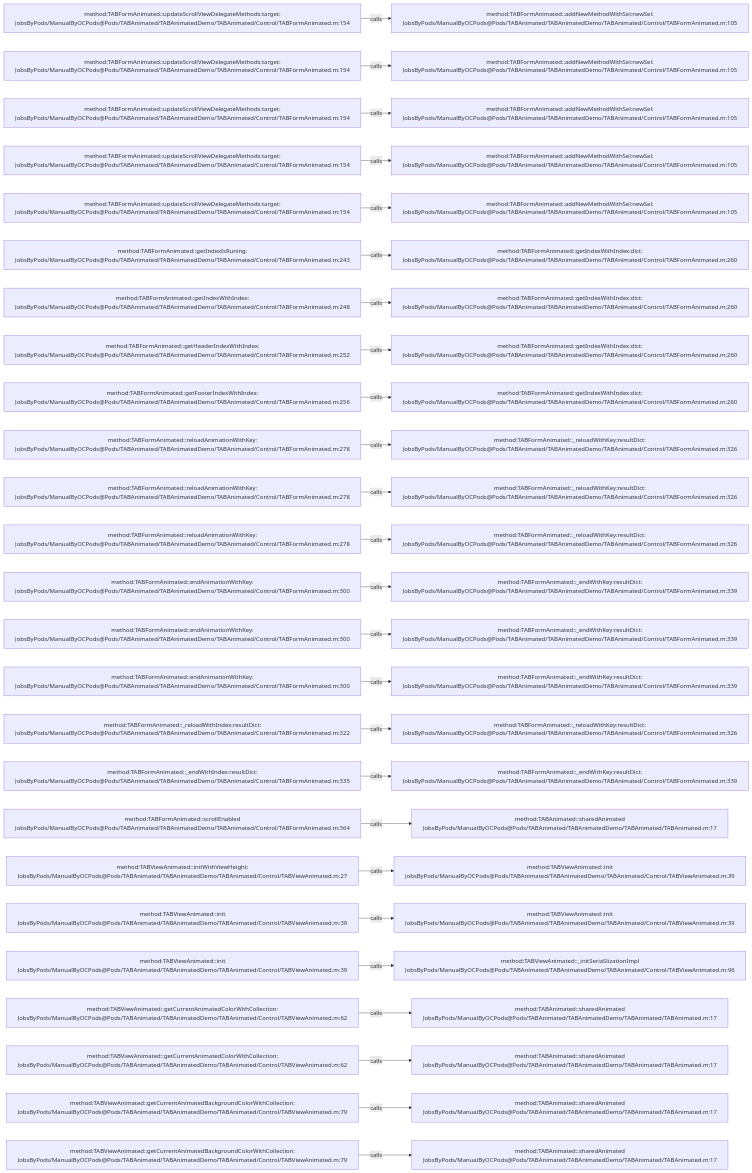
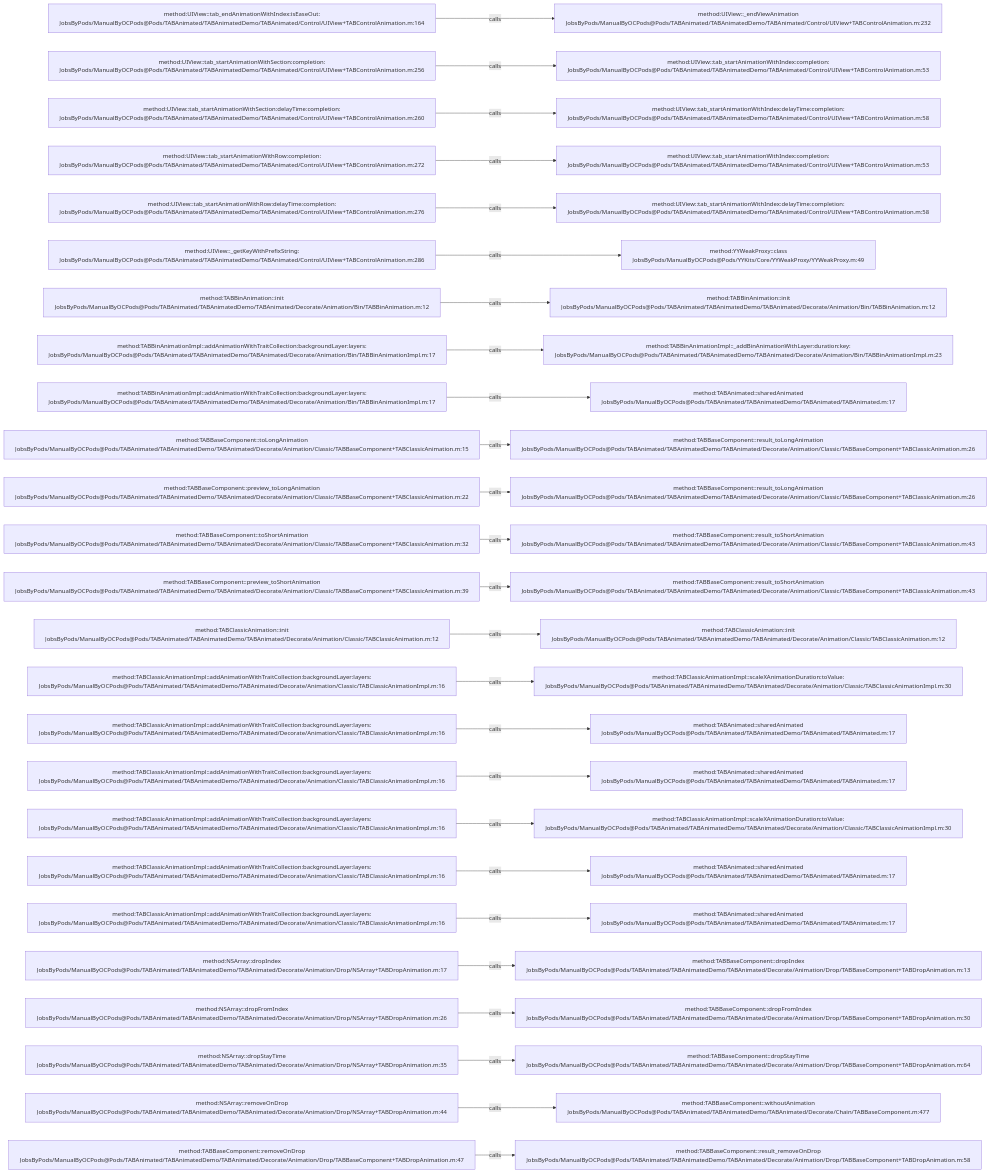
The diagram in .codegraph/codegraph.md/graphs/calls-017.md (JobsKits/JobsOCBaseConfigDemo), drawn with Mermaid before and after one commit. The commit also changed 2723 other files, not shown here.

````diff
--- a/.codegraph/codegraph.md/graphs/calls-017.md
+++ b/.codegraph/codegraph.md/graphs/calls-017.md
@@ -13,78 +13,78 @@
 ```mermaid
 flowchart LR
-  S1["method:TABFormAnimated::updateScrollViewDelegateMethods:target:<br/>JobsByPods/ManualByOCPods@Pods/TABAnimated/TABAnimatedDemo/TABAnimated/Control/TABFormAnimated.m:154"]
-  T1["method:TABFormAnimated::addNewMethodWithSel:newSel:<br/>JobsByPods/ManualByOCPods@Pods/TABAnimated/TABAnimatedDemo/TABAnimated/Control/TABFormAnimated.m:105"]
+  S1["method:UIView::tab_endAnimationWithIndex:isEaseOut:<br/>JobsByPods/ManualByOCPods@Pods/TABAnimated/TABAnimatedDemo/TABAnimated/Control/UIView+TABControlAnimation.m:164"]
+  T1["method:UIView::_endViewAnimation<br/>JobsByPods/ManualByOCPods@Pods/TABAnimated/TABAnimatedDemo/TABAnimated/Control/UIView+TABControlAnimation.m:232"]
   S1 -->|calls| T1
-  S2["method:TABFormAnimated::updateScrollViewDelegateMethods:target:<br/>JobsByPods/ManualByOCPods@Pods/TABAnimated/TABAnimatedDemo/TABAnimated/Control/TABFormAnimated.m:154"]
-  T2["method:TABFormAnimated::addNewMethodWithSel:newSel:<br/>JobsByPods/ManualByOCPods@Pods/TABAnimated/TABAnimatedDemo/TABAnimated/Control/TABFormAnimated.m:105"]
+  S2["method:UIView::tab_startAnimationWithSection:completion:<br/>JobsByPods/ManualByOCPods@Pods/TABAnimated/TABAnimatedDemo/TABAnimated/Control/UIView+TABControlAnimation.m:256"]
+  T2["method:UIView::tab_startAnimationWithIndex:completion:<br/>JobsByPods/ManualByOCPods@Pods/TABAnimated/TABAnimatedDemo/TABAnimated/Control/UIView+TABControlAnimation.m:53"]
   S2 -->|calls| T2
-  S3["method:TABFormAnimated::updateScrollViewDelegateMethods:target:<br/>JobsByPods/ManualByOCPods@Pods/TABAnimated/TABAnimatedDemo/TABAnimated/Control/TABFormAnimated.m:154"]
-  T3["method:TABFormAnimated::addNewMethodWithSel:newSel:<br/>JobsByPods/ManualByOCPods@Pods/TABAnimated/TABAnimatedDemo/TABAnimated/Control/TABFormAnimated.m:105"]
+  S3["method:UIView::tab_startAnimationWithSection:delayTime:completion:<br/>JobsByPods/ManualByOCPods@Pods/TABAnimated/TABAnimatedDemo/TABAnimated/Control/UIView+TABControlAnimation.m:260"]
+  T3["method:UIView::tab_startAnimationWithIndex:delayTime:completion:<br/>JobsByPods/ManualByOCPods@Pods/TABAnimated/TABAnimatedDemo/TABAnimated/Control/UIView+TABControlAnimation.m:58"]
   S3 -->|calls| T3
-  S4["method:TABFormAnimated::updateScrollViewDelegateMethods:target:<br/>JobsByPods/ManualByOCPods@Pods/TABAnimated/TABAnimatedDemo/TABAnimated/Control/TABFormAnimated.m:154"]
-  T4["method:TABFormAnimated::addNewMethodWithSel:newSel:<br/>JobsByPods/ManualByOCPods@Pods/TABAnimated/TABAnimatedDemo/TABAnimated/Control/TABFormAnimated.m:105"]
+  S4["method:UIView::tab_startAnimationWithRow:completion:<br/>JobsByPods/ManualByOCPods@Pods/TABAnimated/TABAnimatedDemo/TABAnimated/Control/UIView+TABControlAnimation.m:272"]
+  T4["method:UIView::tab_startAnimationWithIndex:completion:<br/>JobsByPods/ManualByOCPods@Pods/TABAnimated/TABAnimatedDemo/TABAnimated/Control/UIView+TABControlAnimation.m:53"]
   S4 -->|calls| T4
-  S5["method:TABFormAnimated::updateScrollViewDelegateMethods:target:<br/>JobsByPods/ManualByOCPods@Pods/TABAnimated/TABAnimatedDemo/TABAnimated/Control/TABFormAnimated.m:154"]
-  T5["method:TABFormAnimated::addNewMethodWithSel:newSel:<br/>JobsByPods/ManualByOCPods@Pods/TABAnimated/TABAnimatedDemo/TABAnimated/Control/TABFormAnimated.m:105"]
+  S5["method:UIView::tab_startAnimationWithRow:delayTime:completion:<br/>JobsByPods/ManualByOCPods@Pods/TABAnimated/TABAnimatedDemo/TABAnimated/Control/UIView+TABControlAnimation.m:276"]
+  T5["method:UIView::tab_startAnimationWithIndex:delayTime:completion:<br/>JobsByPods/ManualByOCPods@Pods/TABAnimated/TABAnimatedDemo/TABAnimated/Control/UIView+TABControlAnimation.m:58"]
   S5 -->|calls| T5
-  S6["method:TABFormAnimated::getIndexIsRuning:<br/>JobsByPods/ManualByOCPods@Pods/TABAnimated/TABAnimatedDemo/TABAnimated/Control/TABFormAnimated.m:243"]
-  T6["method:TABFormAnimated::getIndexWithIndex:dict:<br/>JobsByPods/ManualByOCPods@Pods/TABAnimated/TABAnimatedDemo/TABAnimated/Control/TABFormAnimated.m:260"]
+  S6["method:UIView::_getKeyWithPrefixString:<br/>JobsByPods/ManualByOCPods@Pods/TABAnimated/TABAnimatedDemo/TABAnimated/Control/UIView+TABControlAnimation.m:286"]
+  T6["method:YYWeakProxy::class<br/>JobsByPods/ManualByOCPods@Pods/YYKits/Core/YYWeakProxy/YYWeakProxy.m:49"]
   S6 -->|calls| T6
-  S7["method:TABFormAnimated::getIndexWithIndex:<br/>JobsByPods/ManualByOCPods@Pods/TABAnimated/TABAnimatedDemo/TABAnimated/Control/TABFormAnimated.m:248"]
-  T7["method:TABFormAnimated::getIndexWithIndex:dict:<br/>JobsByPods/ManualByOCPods@Pods/TABAnimated/TABAnimatedDemo/TABAnimated/Control/TABFormAnimated.m:260"]
+  S7["method:TABBinAnimation::init<br/>JobsByPods/ManualByOCPods@Pods/TABAnimated/TABAnimatedDemo/TABAnimated/Decorate/Animation/Bin/TABBinAnimation.m:12"]
+  T7["method:TABBinAnimation::init<br/>JobsByPods/ManualByOCPods@Pods/TABAnimated/TABAnimatedDemo/TABAnimated/Decorate/Animation/Bin/TABBinAnimation.m:12"]
   S7 -->|calls| T7
-  S8["method:TABFormAnimated::getHeaderIndexWithIndex:<br/>JobsByPods/ManualByOCPods@Pods/TABAnimated/TABAnimatedDemo/TABAnimated/Control/TABFormAnimated.m:252"]
-  T8["method:TABFormAnimated::getIndexWithIndex:dict:<br/>JobsByPods/ManualByOCPods@Pods/TABAnimated/TABAnimatedDemo/TABAnimated/Control/TABFormAnimated.m:260"]
+  S8["method:TABBinAnimationImpl::addAnimationWithTraitCollection:backgroundLayer:layers:<br/>JobsByPods/ManualByOCPods@Pods/TABAnimated/TABAnimatedDemo/TABAnimated/Decorate/Animation/Bin/TABBinAnimationImpl.m:17"]
+  T8["method:TABBinAnimationImpl::_addBinAnimationWithLayer:duration:key:<br/>JobsByPods/ManualByOCPods@Pods/TABAnimated/TABAnimatedDemo/TABAnimated/Decorate/Animation/Bin/TABBinAnimationImpl.m:23"]
   S8 -->|calls| T8
-  S9["method:TABFormAnimated::getFooterIndexWithIndex:<br/>JobsByPods/ManualByOCPods@Pods/TABAnimated/TABAnimatedDemo/TABAnimated/Control/TABFormAnimated.m:256"]
-  T9["method:TABFormAnimated::getIndexWithIndex:dict:<br/>JobsByPods/ManualByOCPods@Pods/TABAnimated/TABAnimatedDemo/TABAnimated/Control/TABFormAnimated.m:260"]
+  S9["method:TABBinAnimationImpl::addAnimationWithTraitCollection:backgroundLayer:layers:<br/>JobsByPods/ManualByOCPods@Pods/TABAnimated/TABAnimatedDemo/TABAnimated/Decorate/Animation/Bin/TABBinAnimationImpl.m:17"]
+  T9["method:TABAnimated::sharedAnimated<br/>JobsByPods/ManualByOCPods@Pods/TABAnimated/TABAnimatedDemo/TABAnimated/TABAnimated.m:17"]
   S9 -->|calls| T9
-  S10["method:TABFormAnimated::reloadAnimationWithKey:<br/>JobsByPods/ManualByOCPods@Pods/TABAnimated/TABAnimatedDemo/TABAnimated/Control/TABFormAnimated.m:278"]
-  T10["method:TABFormAnimated::_reloadWithKey:resultDict:<br/>JobsByPods/ManualByOCPods@Pods/TABAnimated/TABAnimatedDemo/TABAnimated/Control/TABFormAnimated.m:326"]
+  S10["method:TABBaseComponent::toLongAnimation<br/>JobsByPods/ManualByOCPods@Pods/TABAnimated/TABAnimatedDemo/TABAnimated/Decorate/Animation/Classic/TABBaseComponent+TABClassicAnimation.m:15"]
+  T10["method:TABBaseComponent::result_toLongAnimation<br/>JobsByPods/ManualByOCPods@Pods/TABAnimated/TABAnimatedDemo/TABAnimated/Decorate/Animation/Classic/TABBaseComponent+TABClassicAnimation.m:26"]
   S10 -->|calls| T10
-  S11["method:TABFormAnimated::reloadAnimationWithKey:<br/>JobsByPods/ManualByOCPods@Pods/TABAnimated/TABAnimatedDemo/TABAnimated/Control/TABFormAnimated.m:278"]
-  T11["method:TABFormAnimated::_reloadWithKey:resultDict:<br/>JobsByPods/ManualByOCPods@Pods/TABAnimated/TABAnimatedDemo/TABAnimated/Control/TABFormAnimated.m:326"]
+  S11["method:TABBaseComponent::preview_toLongAnimation<br/>JobsByPods/ManualByOCPods@Pods/TABAnimated/TABAnimatedDemo/TABAnimated/Decorate/Animation/Classic/TABBaseComponent+TABClassicAnimation.m:22"]
+  T11["method:TABBaseComponent::result_toLongAnimation<br/>JobsByPods/ManualByOCPods@Pods/TABAnimated/TABAnimatedDemo/TABAnimated/Decorate/Animation/Classic/TABBaseComponent+TABClassicAnimation.m:26"]
   S11 -->|calls| T11
-  S12["method:TABFormAnimated::reloadAnimationWithKey:<br/>JobsByPods/ManualByOCPods@Pods/TABAnimated/TABAnimatedDemo/TABAnimated/Control/TABFormAnimated.m:278"]
-  T12["method:TABFormAnimated::_reloadWithKey:resultDict:<br/>JobsByPods/ManualByOCPods@Pods/TABAnimated/TABAnimatedDemo/TABAnimated/Control/TABFormAnimated.m:326"]
+  S12["method:TABBaseComponent::toShortAnimation<br/>JobsByPods/ManualByOCPods@Pods/TABAnimated/TABAnimatedDemo/TABAnimated/Decorate/Animation/Classic/TABBaseComponent+TABClassicAnimation.m:32"]
+  T12["method:TABBaseComponent::result_toShortAnimation<br/>JobsByPods/ManualByOCPods@Pods/TABAnimated/TABAnimatedDemo/TABAnimated/Decorate/Animation/Classic/TABBaseComponent+TABClassicAnimation.m:43"]
   S12 -->|calls| T12
-  S13["method:TABFormAnimated::endAnimationWithKey:<br/>JobsByPods/ManualByOCPods@Pods/TABAnimated/TABAnimatedDemo/TABAnimated/Control/TABFormAnimated.m:300"]
-  T13["method:TABFormAnimated::_endWithKey:resultDict:<br/>JobsByPods/ManualByOCPods@Pods/TABAnimated/TABAnimatedDemo/TABAnimated/Control/TABFormAnimated.m:339"]
+  S13["method:TABBaseComponent::preview_toShortAnimation<br/>JobsByPods/ManualByOCPods@Pods/TABAnimated/TABAnimatedDemo/TABAnimated/Decorate/Animation/Classic/TABBaseComponent+TABClassicAnimation.m:39"]
+  T13["method:TABBaseComponent::result_toShortAnimation<br/>JobsByPods/ManualByOCPods@Pods/TABAnimated/TABAnimatedDemo/TABAnimated/Decorate/Animation/Classic/TABBaseComponent+TABClassicAnimation.m:43"]
   S13 -->|calls| T13
-  S14["method:TABFormAnimated::endAnimationWithKey:<br/>JobsByPods/ManualByOCPods@Pods/TABAnimated/TABAnimatedDemo/TABAnimated/Control/TABFormAnimated.m:300"]
-  T14["method:TABFormAnimated::_endWithKey:resultDict:<br/>JobsByPods/ManualByOCPods@Pods/TABAnimated/TABAnimatedDemo/TABAnimated/Control/TABFormAnimated.m:339"]
+  S14["method:TABClassicAnimation::init<br/>JobsByPods/ManualByOCPods@Pods/TABAnimated/TABAnimatedDemo/TABAnimated/Decorate/Animation/Classic/TABClassicAnimation.m:12"]
+  T14["method:TABClassicAnimation::init<br/>JobsByPods/ManualByOCPods@Pods/TABAnimated/TABAnimatedDemo/TABAnimated/Decorate/Animation/Classic/TABClassicAnimation.m:12"]
   S14 -->|calls| T14
-  S15["method:TABFormAnimated::endAnimationWithKey:<br/>JobsByPods/ManualByOCPods@Pods/TABAnimated/TABAnimatedDemo/TABAnimated/Control/TABFormAnimated.m:300"]
-  T15["method:TABFormAnimated::_endWithKey:resultDict:<br/>JobsByPods/ManualByOCPods@Pods/TABAnimated/TABAnimatedDemo/TABAnimated/Control/TABFormAnimated.m:339"]
+  S15["method:TABClassicAnimationImpl::addAnimationWithTraitCollection:backgroundLayer:layers:<br/>JobsByPods/ManualByOCPods@Pods/TABAnimated/TABAnimatedDemo/TABAnimated/Decorate/Animation/Classic/TABClassicAnimationImpl.m:16"]
+  T15["method:TABClassicAnimationImpl::scaleXAnimationDuration:toValue:<br/>JobsByPods/ManualByOCPods@Pods/TABAnimated/TABAnimatedDemo/TABAnimated/Decorate/Animation/Classic/TABClassicAnimationImpl.m:30"]
   S15 -->|calls| T15
-  S16["method:TABFormAnimated::_reloadWithIndex:resultDict:<br/>JobsByPods/ManualByOCPods@Pods/TABAnimated/TABAnimatedDemo/TABAnimated/Control/TABFormAnimated.m:322"]
-  T16["method:TABFormAnimated::_reloadWithKey:resultDict:<br/>JobsByPods/ManualByOCPods@Pods/TABAnimated/TABAnimatedDemo/TABAnimated/Control/TABFormAnimated.m:326"]
+  S16["method:TABClassicAnimationImpl::addAnimationWithTraitCollection:backgroundLayer:layers:<br/>JobsByPods/ManualByOCPods@Pods/TABAnimated/TABAnimatedDemo/TABAnimated/Decorate/Animation/Classic/TABClassicAnimationImpl.m:16"]
+  T16["method:TABAnimated::sharedAnimated<br/>JobsByPods/ManualByOCPods@Pods/TABAnimated/TABAnimatedDemo/TABAnimated/TABAnimated.m:17"]
   S16 -->|calls| T16
-  S17["method:TABFormAnimated::_endWithIndex:resultDict:<br/>JobsByPods/ManualByOCPods@Pods/TABAnimated/TABAnimatedDemo/TABAnimated/Control/TABFormAnimated.m:335"]
-  T17["method:TABFormAnimated::_endWithKey:resultDict:<br/>JobsByPods/ManualByOCPods@Pods/TABAnimated/TABAnimatedDemo/TABAnimated/Control/TABFormAnimated.m:339"]
+  S17["method:TABClassicAnimationImpl::addAnimationWithTraitCollection:backgroundLayer:layers:<br/>JobsByPods/ManualByOCPods@Pods/TABAnimated/TABAnimatedDemo/TABAnimated/Decorate/Animation/Classic/TABClassicAnimationImpl.m:16"]
+  T17["method:TABAnimated::sharedAnimated<br/>JobsByPods/ManualByOCPods@Pods/TABAnimated/TABAnimatedDemo/TABAnimated/TABAnimated.m:17"]
   S17 -->|calls| T17
-  S18["method:TABFormAnimated::scrollEnabled<br/>JobsByPods/ManualByOCPods@Pods/TABAnimated/TABAnimatedDemo/TABAnimated/Control/TABFormAnimated.m:364"]
-  T18["method:TABAnimated::sharedAnimated<br/>JobsByPods/ManualByOCPods@Pods/TABAnimated/TABAnimatedDemo/TABAnimated/TABAnimated.m:17"]
+  S18["method:TABClassicAnimationImpl::addAnimationWithTraitCollection:backgroundLayer:layers:<br/>JobsByPods/ManualByOCPods@Pods/TABAnimated/TABAnimatedDemo/TABAnimated/Decorate/Animation/Classic/TABClassicAnimationImpl.m:16"]
+  T18["method:TABClassicAnimationImpl::scaleXAnimationDuration:toValue:<br/>JobsByPods/ManualByOCPods@Pods/TABAnimated/TABAnimatedDemo/TABAnimated/Decorate/Animation/Classic/TABClassicAnimationImpl.m:30"]
   S18 -->|calls| T18
-  S19["method:TABViewAnimated::initWithViewHeight:<br/>JobsByPods/ManualByOCPods@Pods/TABAnimated/TABAnimatedDemo/TABAnimated/Control/TABViewAnimated.m:27"]
-  T19["method:TABViewAnimated::init<br/>JobsByPods/ManualByOCPods@Pods/TABAnimated/TABAnimatedDemo/TABAnimated/Control/TABViewAnimated.m:39"]
+  S19["method:TABClassicAnimationImpl::addAnimationWithTraitCollection:backgroundLayer:layers:<br/>JobsByPods/ManualByOCPods@Pods/TABAnimated/TABAnimatedDemo/TABAnimated/Decorate/Animation/Classic/TABClassicAnimationImpl.m:16"]
+  T19["method:TABAnimated::sharedAnimated<br/>JobsByPods/ManualByOCPods@Pods/TABAnimated/TABAnimatedDemo/TABAnimated/TABAnimated.m:17"]
   S19 -->|calls| T19
-  S20["method:TABViewAnimated::init<br/>JobsByPods/ManualByOCPods@Pods/TABAnimated/TABAnimatedDemo/TABAnimated/Control/TABViewAnimated.m:39"]
-  T20["method:TABViewAnimated::init<br/>JobsByPods/ManualByOCPods@Pods/TABAnimated/TABAnimatedDemo/TABAnimated/Control/TABViewAnimated.m:39"]
+  S20["method:TABClassicAnimationImpl::addAnimationWithTraitCollection:backgroundLayer:layers:<br/>JobsByPods/ManualByOCPods@Pods/TABAnimated/TABAnimatedDemo/TABAnimated/Decorate/Animation/Classic/TABClassicAnimationImpl.m:16"]
+  T20["method:TABAnimated::sharedAnimated<br/>JobsByPods/ManualByOCPods@Pods/TABAnimated/TABAnimatedDemo/TABAnimated/TABAnimated.m:17"]
   S20 -->|calls| T20
-  S21["method:TABViewAnimated::init<br/>JobsByPods/ManualByOCPods@Pods/TABAnimated/TABAnimatedDemo/TABAnimated/Control/TABViewAnimated.m:39"]
-  T21["method:TABViewAnimated::_initSeriaSlizationImpl<br/>JobsByPods/ManualByOCPods@Pods/TABAnimated/TABAnimatedDemo/TABAnimated/Control/TABViewAnimated.m:96"]
+  S21["method:NSArray::dropIndex<br/>JobsByPods/ManualByOCPods@Pods/TABAnimated/TABAnimatedDemo/TABAnimated/Decorate/Animation/Drop/NSArray+TABDropAnimation.m:17"]
+  T21["method:TABBaseComponent::dropIndex<br/>JobsByPods/ManualByOCPods@Pods/TABAnimated/TABAnimatedDemo/TABAnimated/Decorate/Animation/Drop/TABBaseComponent+TABDropAnimation.m:13"]
   S21 -->|calls| T21
-  S22["method:TABViewAnimated::getCurrentAnimatedColorWithCollection:<br/>JobsByPods/ManualByOCPods@Pods/TABAnimated/TABAnimatedDemo/TABAnimated/Control/TABViewAnimated.m:62"]
-  T22["method:TABAnimated::sharedAnimated<br/>JobsByPods/ManualByOCPods@Pods/TABAnimated/TABAnimatedDemo/TABAnimated/TABAnimated.m:17"]
+  S22["method:NSArray::dropFromIndex<br/>JobsByPods/ManualByOCPods@Pods/TABAnimated/TABAnimatedDemo/TABAnimated/Decorate/Animation/Drop/NSArray+TABDropAnimation.m:26"]
+  T22["method:TABBaseComponent::dropFromIndex<br/>JobsByPods/ManualByOCPods@Pods/TABAnimated/TABAnimatedDemo/TABAnimated/Decorate/Animation/Drop/TABBaseComponent+TABDropAnimation.m:30"]
   S22 -->|calls| T22
-  S23["method:TABViewAnimated::getCurrentAnimatedColorWithCollection:<br/>JobsByPods/ManualByOCPods@Pods/TABAnimated/TABAnimatedDemo/TABAnimated/Control/TABViewAnimated.m:62"]
-  T23["method:TABAnimated::sharedAnimated<br/>JobsByPods/ManualByOCPods@Pods/TABAnimated/TABAnimatedDemo/TABAnimated/TABAnimated.m:17"]
+  S23["method:NSArray::dropStayTime<br/>JobsByPods/ManualByOCPods@Pods/TABAnimated/TABAnimatedDemo/TABAnimated/Decorate/Animation/Drop/NSArray+TABDropAnimation.m:35"]
+  T23["method:TABBaseComponent::dropStayTime<br/>JobsByPods/ManualByOCPods@Pods/TABAnimated/TABAnimatedDemo/TABAnimated/Decorate/Animation/Drop/TABBaseComponent+TABDropAnimation.m:64"]
   S23 -->|calls| T23
-  S24["method:TABViewAnimated::getCurrentAnimatedBackgroundColorWithCollection:<br/>JobsByPods/ManualByOCPods@Pods/TABAnimated/TABAnimatedDemo/TABAnimated/Control/TABViewAnimated.m:79"]
-  T24["method:TABAnimated::sharedAnimated<br/>JobsByPods/ManualByOCPods@Pods/TABAnimated/TABAnimatedDemo/TABAnimated/TABAnimated.m:17"]
+  S24["method:NSArray::removeOnDrop<br/>JobsByPods/ManualByOCPods@Pods/TABAnimated/TABAnimatedDemo/TABAnimated/Decorate/Animation/Drop/NSArray+TABDropAnimation.m:44"]
+  T24["method:TABBaseComponent::withoutAnimation<br/>JobsByPods/ManualByOCPods@Pods/TABAnimated/TABAnimatedDemo/TABAnimated/Decorate/Chain/TABBaseComponent.m:477"]
   S24 -->|calls| T24
-  S25["method:TABViewAnimated::getCurrentAnimatedBackgroundColorWithCollection:<br/>JobsByPods/ManualByOCPods@Pods/TABAnimated/TABAnimatedDemo/TABAnimated/Control/TABViewAnimated.m:79"]
-  T25["method:TABAnimated::sharedAnimated<br/>JobsByPods/ManualByOCPods@Pods/TABAnimated/TABAnimatedDemo/TABAnimated/TABAnimated.m:17"]
+  S25["method:TABBaseComponent::removeOnDrop<br/>JobsByPods/ManualByOCPods@Pods/TABAnimated/TABAnimatedDemo/TABAnimated/Decorate/Animation/Drop/TABBaseComponent+TABDropAnimation.m:47"]
+  T25["method:TABBaseComponent::result_removeOnDrop<br/>JobsByPods/ManualByOCPods@Pods/TABAnimated/TABAnimatedDemo/TABAnimated/Decorate/Animation/Drop/TABBaseComponent+TABDropAnimation.m:58"]
   S25 -->|calls| T25
 ```
````
